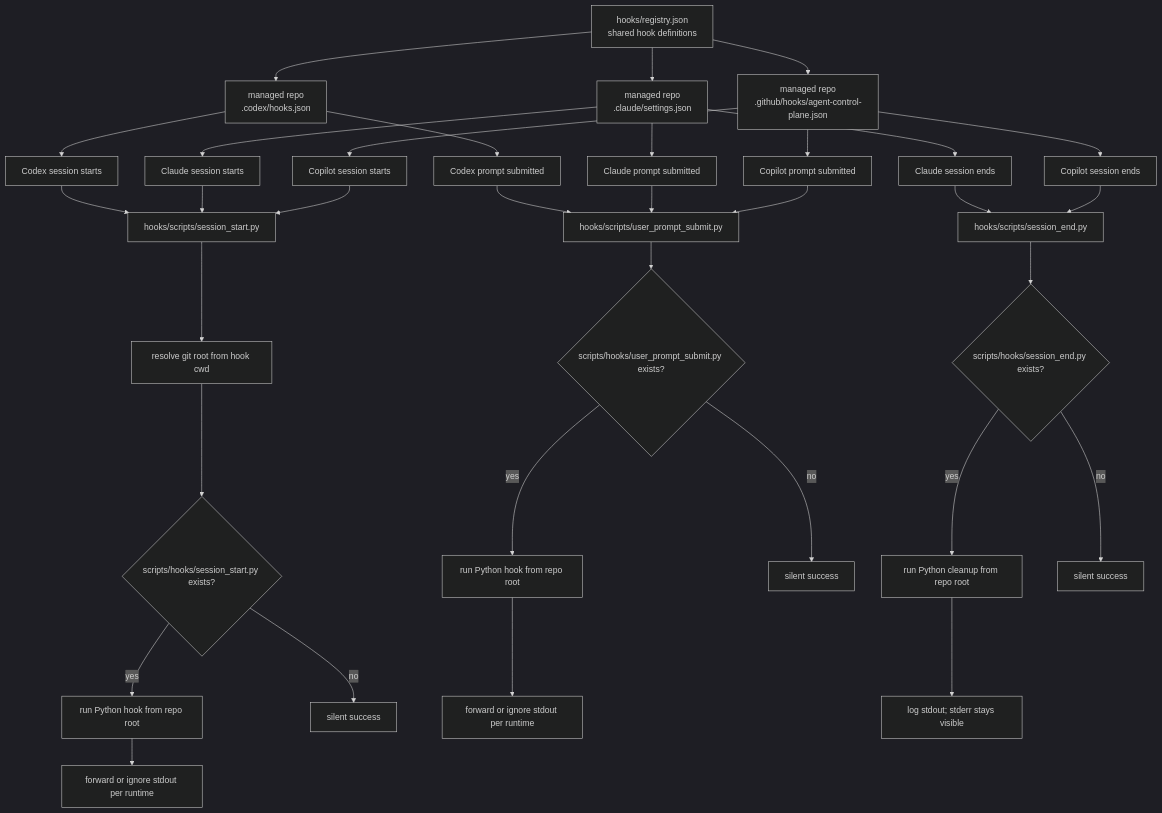
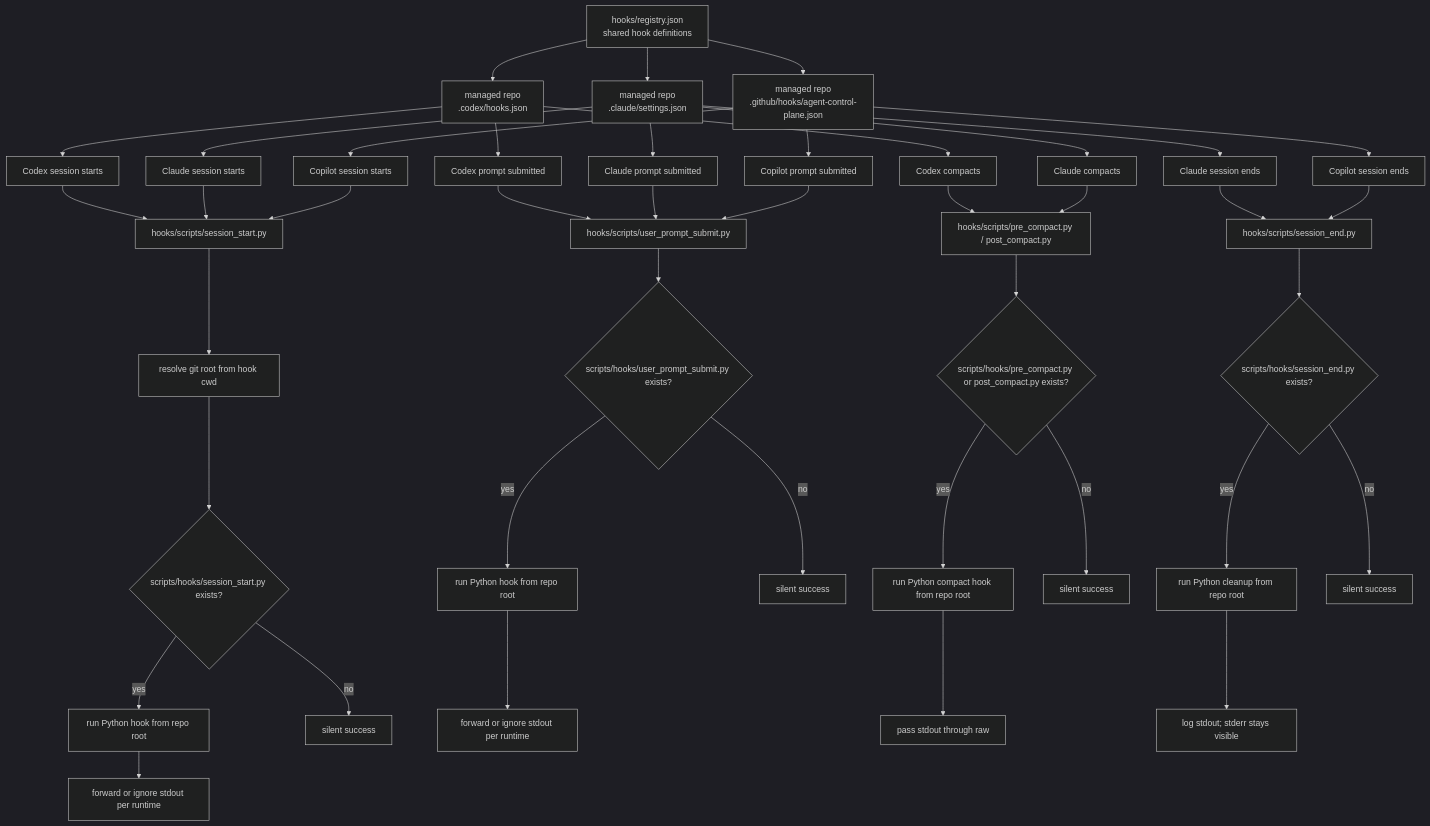
One commit to wisdom-in-a-nutshell/.agents changed the fourth of 6 diagrams in docs/architecture/codex-control-plane-script-flows.md. Above: the diagram before and after it, drawn with Mermaid (dark theme). The commit also changed other lines of this file and 13 other files, not shown here.

````diff
--- a/docs/architecture/codex-control-plane-script-flows.md
+++ b/docs/architecture/codex-control-plane-script-flows.md
@@ -132,35 +132,43 @@
 ```mermaid
 flowchart TD
     A[hooks/registry.json<br/>shared hook definitions] --> B2[managed repo<br/>.codex/hooks.json]
     A --> C[managed repo<br/>.claude/settings.json]
     A --> Y[managed repo<br/>.github/hooks/agent-control-plane.json]
     B2 --> D[Codex session starts]
     C --> E[Claude session starts]
     Y --> Z[Copilot session starts]
     D --> F[hooks/scripts/session_start.py]
     E --> F
     Z --> F
     F --> G[resolve git root from hook cwd]
     G --> H{scripts/hooks/session_start.py exists?}
     H -->|yes| I[run Python hook from repo root]
     I --> J[forward or ignore stdout per runtime]
     H -->|no| K[silent success]
     B2 --> L[Codex prompt submitted]
     C --> M[Claude prompt submitted]
     Y --> M2[Copilot prompt submitted]
     L --> N[hooks/scripts/user_prompt_submit.py]
     M --> N
     M2 --> N
     N --> O{scripts/hooks/user_prompt_submit.py exists?}
     O -->|yes| P[run Python hook from repo root]
     P --> Q[forward or ignore stdout per runtime]
     O -->|no| R[silent success]
+    B2 --> AA[Codex compacts]
+    C --> AB[Claude compacts]
+    AA --> AC[hooks/scripts/pre_compact.py / post_compact.py]
+    AB --> AC
+    AC --> AD{scripts/hooks/pre_compact.py or post_compact.py exists?}
+    AD -->|yes| AE[run Python compact hook from repo root]
+    AE --> AF[pass stdout through raw]
+    AD -->|no| AG[silent success]
     C --> S[Claude session ends]
     Y --> S2[Copilot session ends]
     S --> T[hooks/scripts/session_end.py]
     S2 --> T
     T --> U{scripts/hooks/session_end.py exists?}
     U -->|yes| V[run Python cleanup from repo root]
     V --> W[log stdout; stderr stays visible]
     U -->|no| X[silent success]
 ```
````
